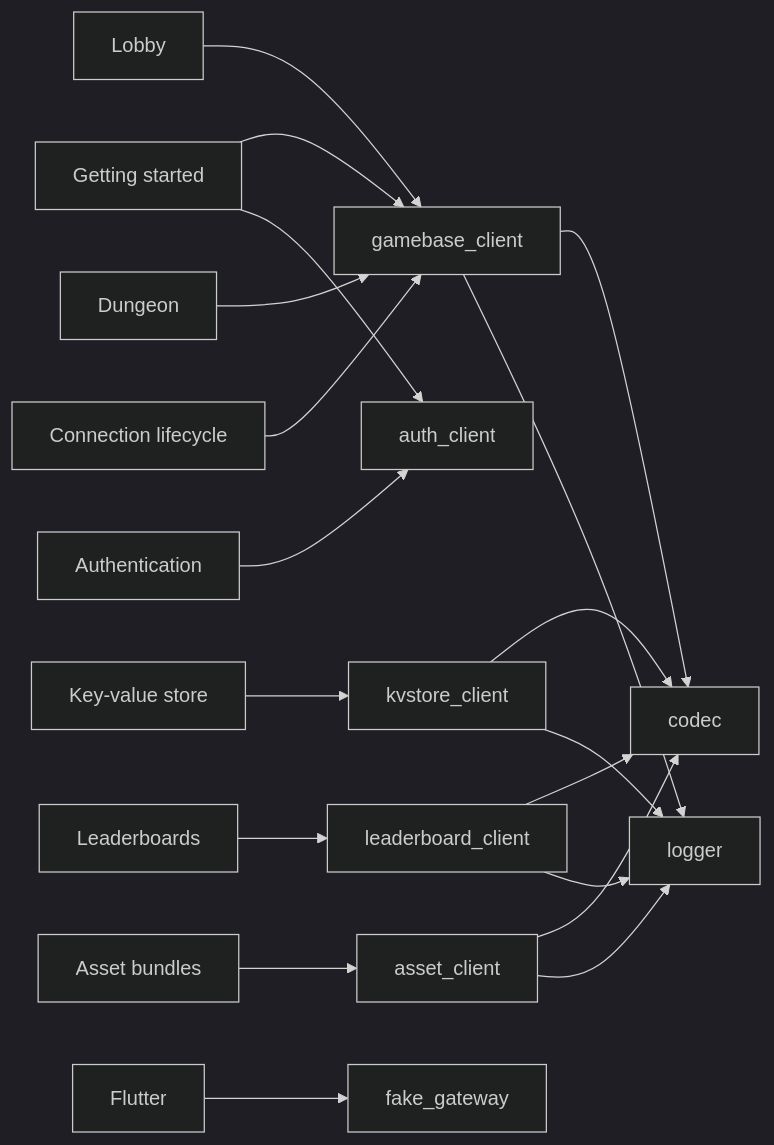
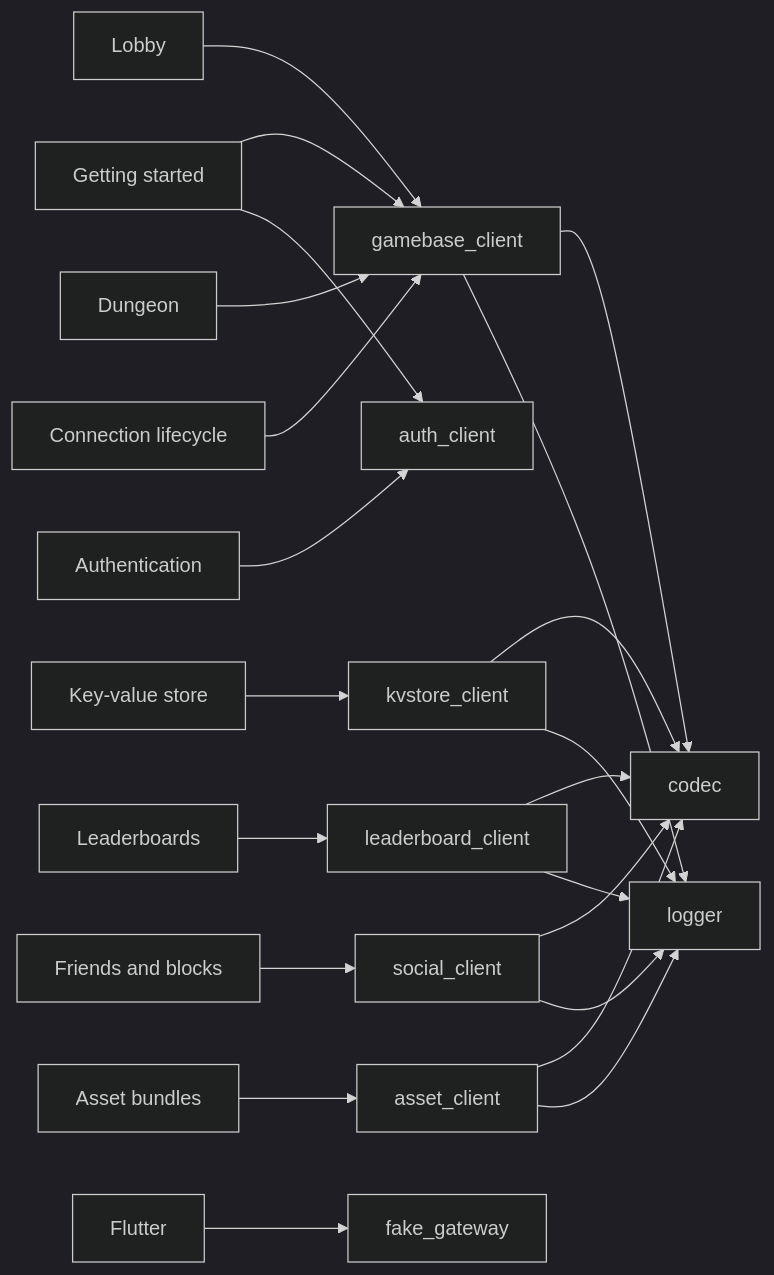
The diagram in docs/README.md (yingyeothon/flutterlib), drawn with Mermaid (dark theme) before and after one commit. The commit also changed other lines of this file and 39 other files, not shown here.

````diff
--- a/docs/README.md
+++ b/docs/README.md
@@ -33,21 +34,24 @@
 ```mermaid
 flowchart LR
   gs["Getting started"] --> gc["gamebase_client"]
   gs --> ac["auth_client"]
   auth["Authentication"] --> ac
   lobby["Lobby"] --> gc
   dungeon["Dungeon"] --> gc
   kv["Key-value store"] --> kc["kvstore_client"]
   lb["Leaderboards"] --> lc["leaderboard_client"]
+  social["Friends and blocks"] --> sc["social_client"]
   assets["Asset bundles"] --> asc["asset_client"]
   life["Connection lifecycle"] --> gc
   flutter["Flutter"] --> fg["fake_gateway"]
   gc --> codec["codec"]
   gc --> logger["logger"]
   kc --> codec
   kc --> logger
   lc --> codec
   lc --> logger
+  sc --> codec
+  sc --> logger
   asc --> codec
   asc --> logger
 ```
````
